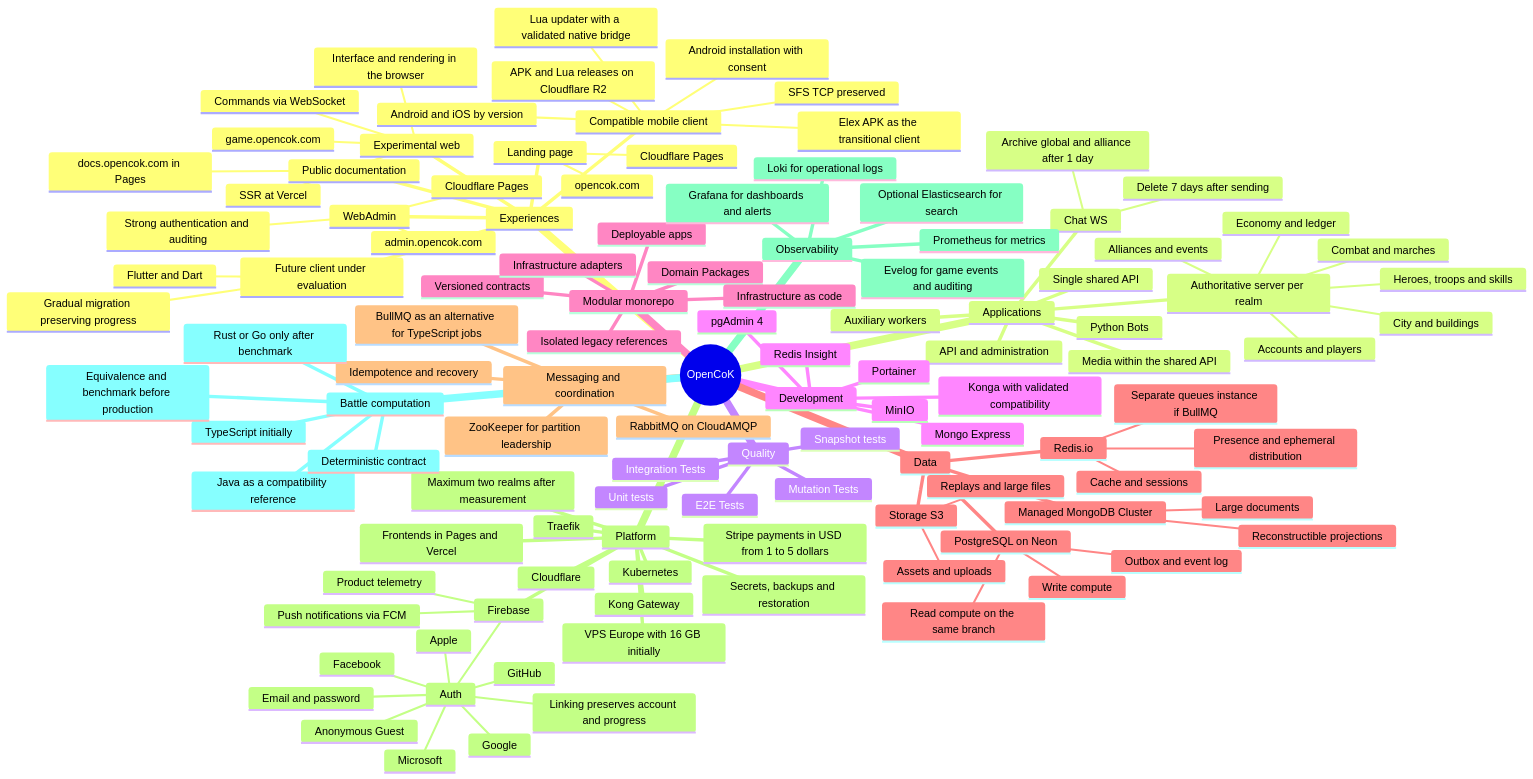
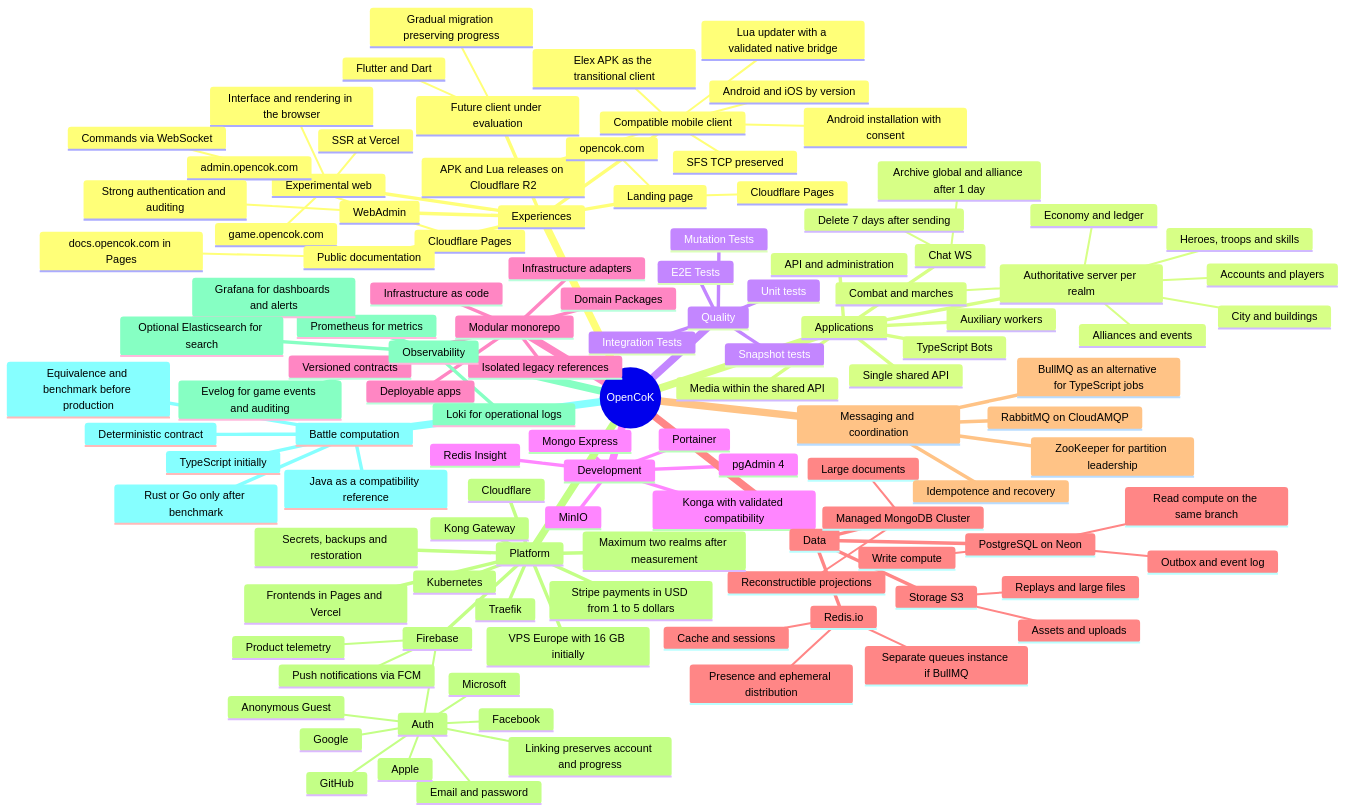
Before and after one commit to ReeseArch64/opencok: the second of 14 diagrams in .github/ARCHITECTURE.md, drawn with Mermaid. The commit also changed other lines of this file, not shown here.

Commit message:
docs(docs): keep combat in realms and define TypeScript bots

```diff
--- a/.github/ARCHITECTURE.md
+++ b/.github/ARCHITECTURE.md
@@ -214,7 +211,7 @@
       Media within the shared API
       API and administration
       Auxiliary workers
-      Python Bots
+      TypeScript Bots
     Quality
       Unit tests
       Integration Tests
```
